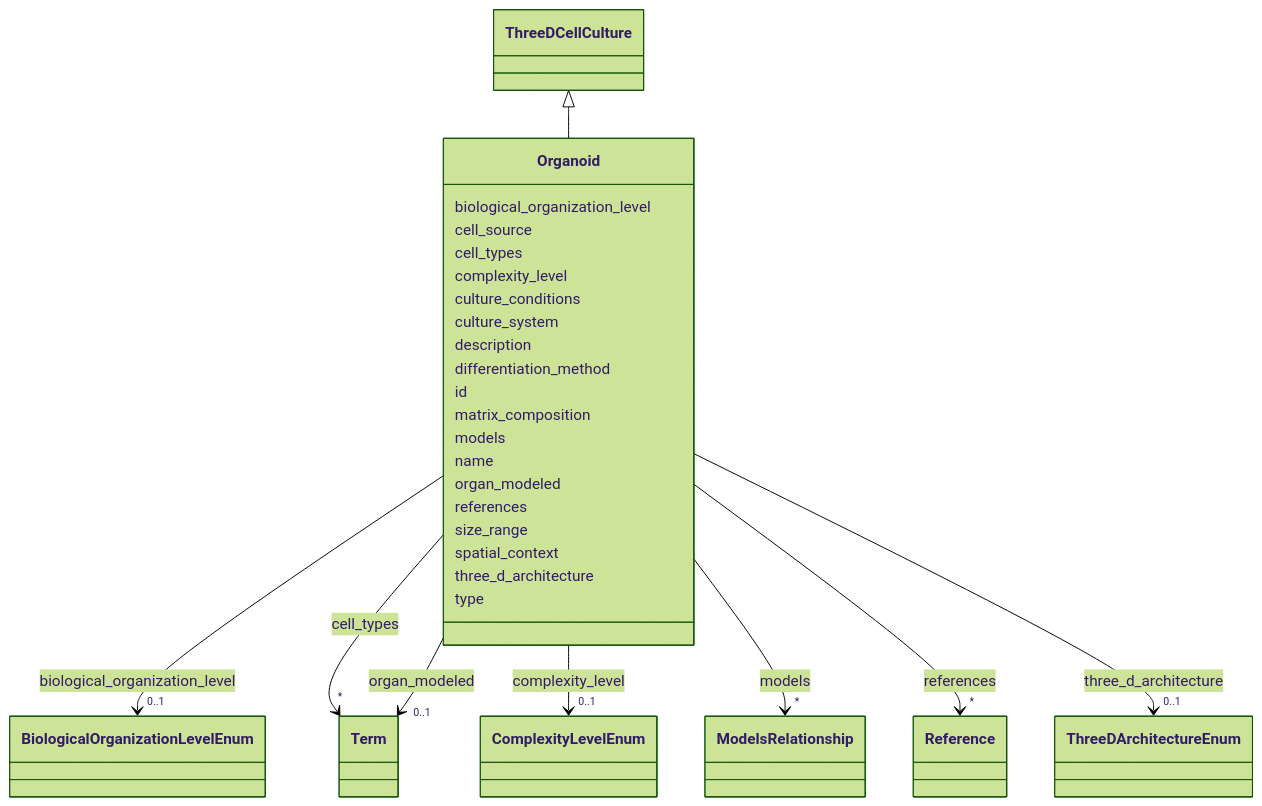
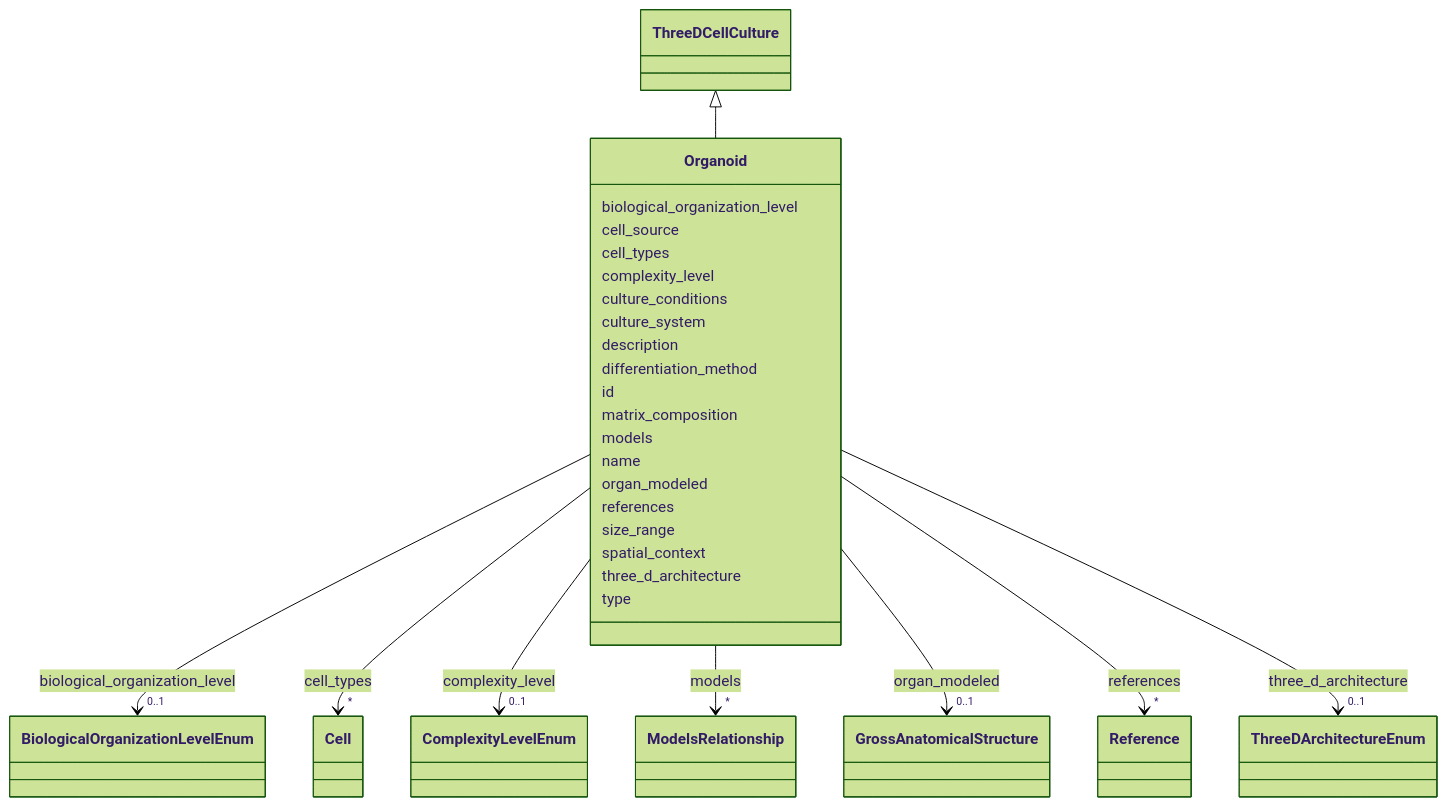
One commit to monarch-initiative/namo changed the diagram in docs/elements/Organoid.md. Above: the diagram before and after it, drawn with Mermaid (forest theme). The commit also changed other lines of this file and 307 other files, not shown here.

```diff
--- a/docs/elements/Organoid.md
+++ b/docs/elements/Organoid.md
@@ -41,8 +46,8 @@
     
         
         
-        Organoid --> "*" Term : cell_types
-        click Term href "../Term/"
+        Organoid --> "*" Cell : cell_types
+        click Cell href "../Cell/"
     
 
         
@@ -88,8 +93,8 @@
     
         
         
-        Organoid --> "0..1" Term : organ_modeled
-        click Term href "../Term/"
+        Organoid --> "0..1" GrossAnatomicalStructure : organ_modeled
+        click GrossAnatomicalStructure href "../GrossAnatomicalStructure/"
     
 
         
```
